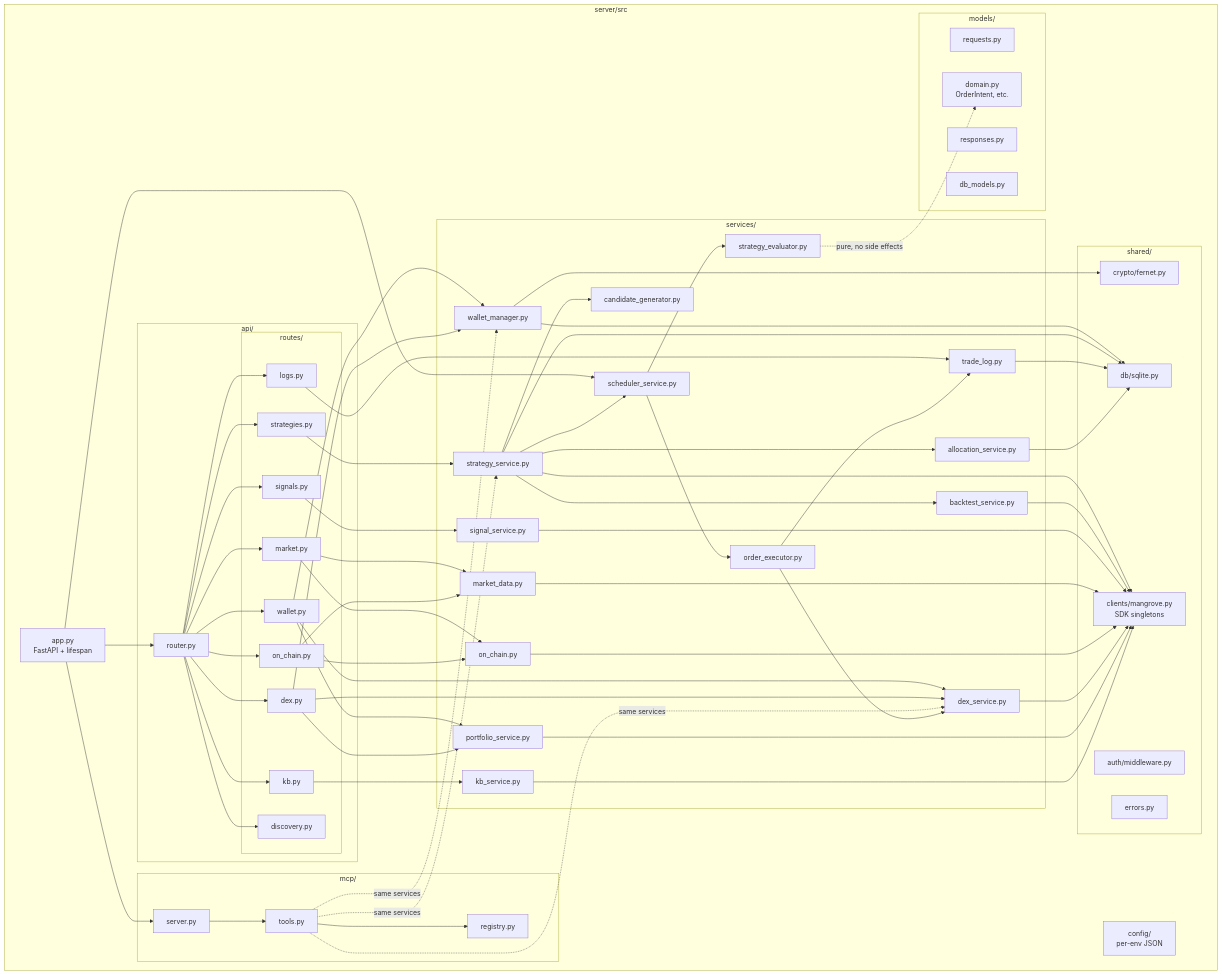
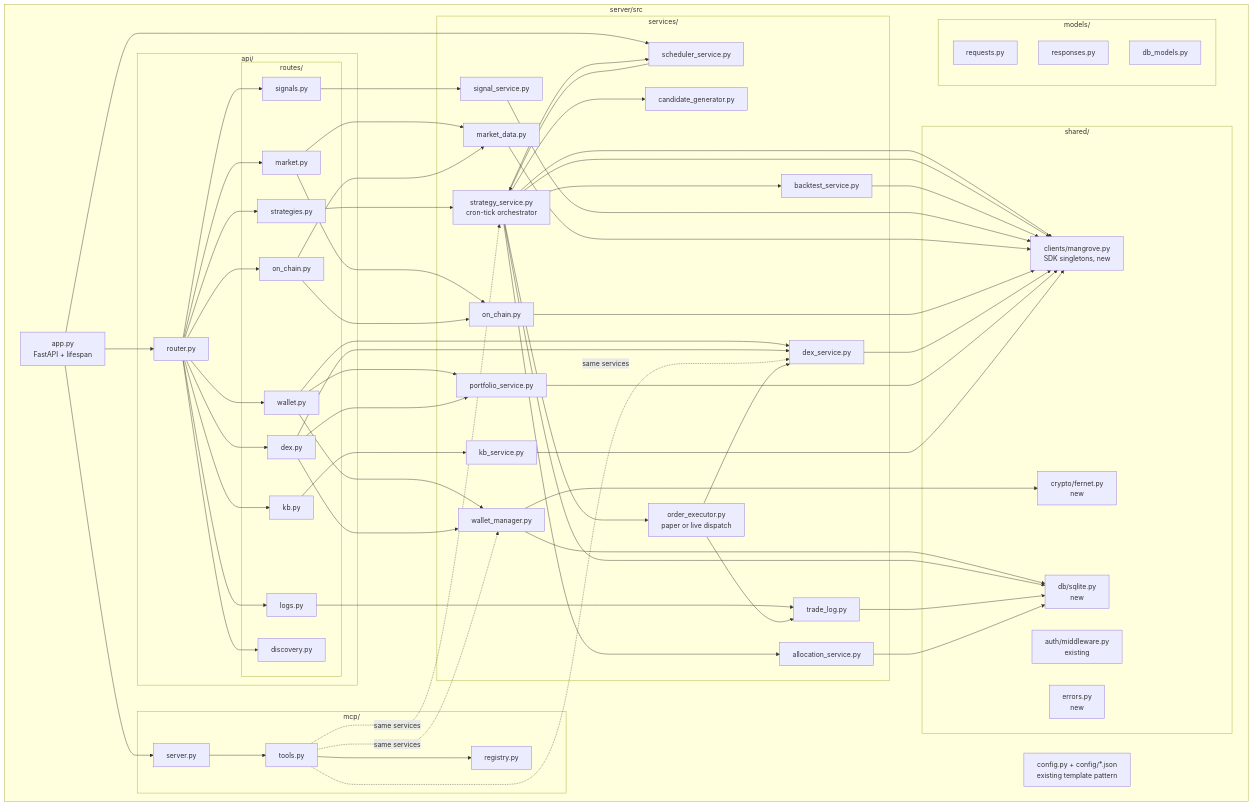
Before and after one commit to MangroveTechnologies/app-in-a-box: the eighth of 9 diagrams in docs/architecture.md, drawn with Mermaid. The commit also changed other lines of this file and 1 other file, not shown here.

First line of the commit message:
architecture + spec: kill Cloud Run, use SDK for eval, drop Hank, use template config

```diff
--- a/docs/architecture.md
+++ b/docs/architecture.md
@@ -254,7 +337,7 @@
 graph TB
     subgraph "server/src"
         App[app.py<br/>FastAPI + lifespan]
-        Config[config/<br/>per-env JSON]
+        Config[config.py + config/*.json<br/>existing template pattern]
 
         subgraph "api/"
             Router[router.py]
@@ -279,11 +362,10 @@
 
         subgraph "services/"
             SWallet[wallet_manager.py]
-            SStrat[strategy_service.py]
+            SStrat[strategy_service.py<br/>cron-tick orchestrator]
             SCG[candidate_generator.py]
             SBT[backtest_service.py]
-            SEval[strategy_evaluator.py]
-            SExec[order_executor.py]
+            SExec[order_executor.py<br/>paper or live dispatch]
             SSched[scheduler_service.py]
             SLog[trade_log.py]
             SAlloc[allocation_service.py]
@@ -296,18 +378,17 @@
         end
 
         subgraph "shared/"
-            AuthMW[auth/middleware.py]
-            DB[db/sqlite.py]
-            Crypto[crypto/fernet.py]
-            Clients[clients/mangrove.py<br/>SDK singletons]
-            Errors[errors.py]
+            AuthMW[auth/middleware.py<br/>existing]
+            DB[db/sqlite.py<br/>new]
+            Crypto[crypto/fernet.py<br/>new]
+            Clients[clients/mangrove.py<br/>SDK singletons, new]
+            Errors[errors.py<br/>new]
         end
 
         subgraph "models/"
             MReq[requests.py]
             MResp[responses.py]
             MDB[db_models.py]
-            MDomain[domain.py<br/>OrderIntent, etc.]
         end
     end
 
@@ -327,9 +408,9 @@
     MCPTools -.same services.-> SWallet & SStrat & SDex
 
     SStrat --> SCG & SBT & SSched & SAlloc
-    SSched --> SEval
-    SEval -.pure, no side effects.-> MDomain
-    SSched --> SExec
+    SStrat --> Clients
+    SSched --> SStrat
+    SStrat --> SExec
     SExec --> SDex & SLog
 
     SWallet --> Crypto
```
